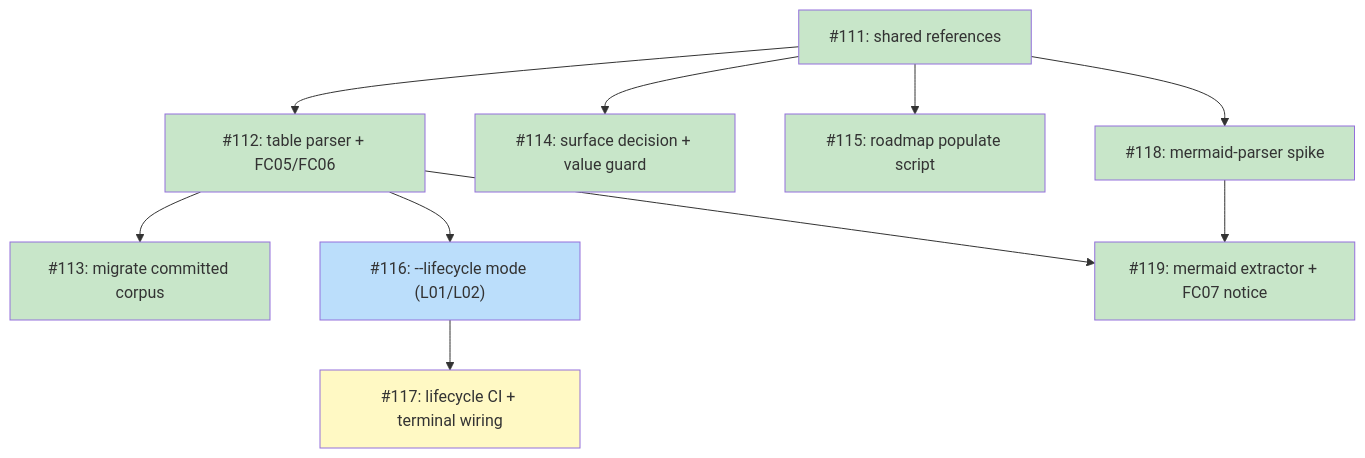
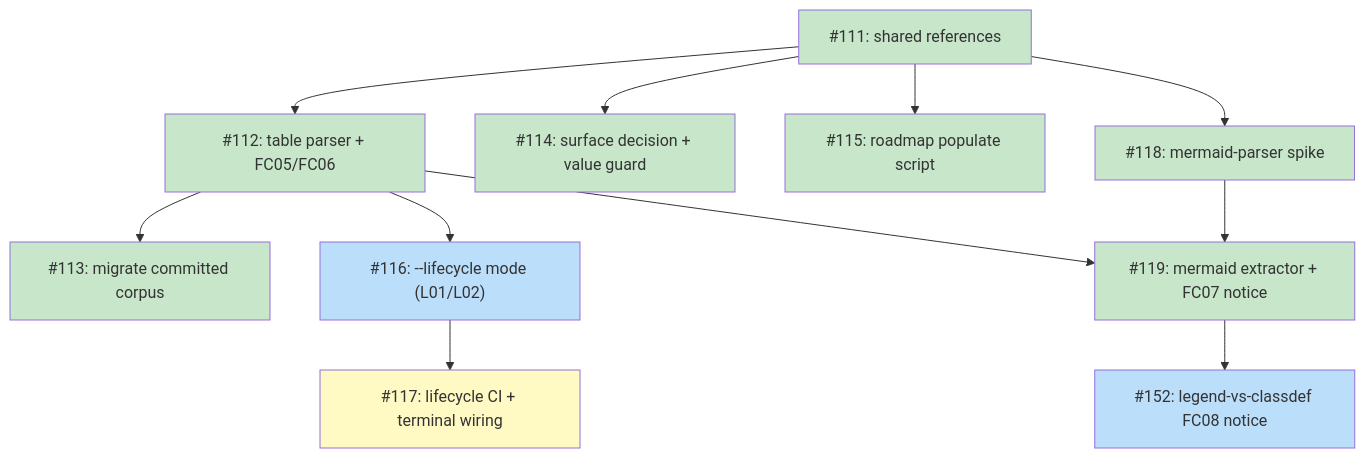
Before and after one commit to tsukumogami/shirabe: the diagram in docs/plans/PLAN-roadmap-plan-standardization.md, drawn with Mermaid. The commit also changed other lines of this file, not shown here.

Commit message:
docs(plan): add #152 fc08 legend-check follow-up to milestone tracking

````diff
--- a/docs/plans/PLAN-roadmap-plan-standardization.md
+++ b/docs/plans/PLAN-roadmap-plan-standardization.md
@@ -87,36 +89,38 @@
 ```mermaid
 graph TD
     I111["#111: shared references"]
     I112["#112: table parser + FC05/FC06"]
     I113["#113: migrate committed corpus"]
     I114["#114: surface decision + value guard"]
     I115["#115: roadmap populate script"]
     I116["#116: --lifecycle mode (L01/L02)"]
     I117["#117: lifecycle CI + terminal wiring"]
     I118["#118: mermaid-parser spike"]
     I119["#119: mermaid extractor + FC07 notice"]
+    I152["#152: legend-vs-classdef FC08 notice"]
 
     I111 --> I112
     I111 --> I114
     I111 --> I115
     I111 --> I118
     I112 --> I113
     I112 --> I116
     I112 --> I119
     I116 --> I117
     I118 --> I119
+    I119 --> I152
 
     classDef done fill:#c8e6c9
     classDef ready fill:#bbdefb
     classDef blocked fill:#fff9c4
     classDef needsDesign fill:#e1bee7
     classDef needsPrd fill:#b3e5fc
     classDef needsSpike fill:#ffcdd2
     classDef needsDecision fill:#d1c4e9
     classDef tracksDesign fill:#FFE0B2,stroke:#F57C00,color:#000
     classDef tracksPlan fill:#FFE0B2,stroke:#F57C00,color:#000
 
     class I111,I112,I113,I114,I115,I118,I119 done
-    class I116 ready
+    class I116,I152 ready
     class I117 blocked
 ```
````
